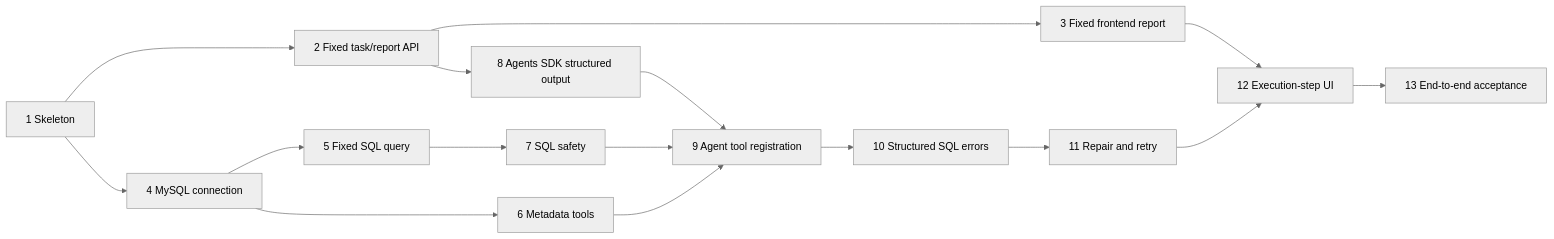
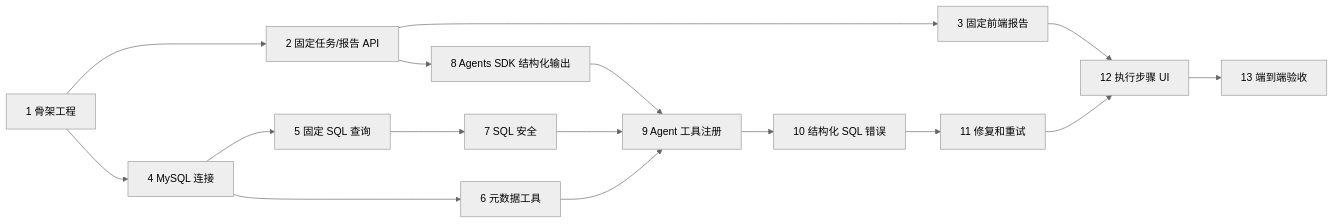
One commit to fanyafan93/agentic-genbi changed the diagram in docs/plans/current.md. Above: the diagram before and after it, drawn with Mermaid (neutral theme). The commit also changed other lines of this file and 9 other files, not shown here.

Commit message:
docs: define agentic analytics MVP architecture

````diff
--- a/docs/plans/current.md
+++ b/docs/plans/current.md
@@ -34,18 +34,18 @@
 ```mermaid
 flowchart LR
-    T1["1 Skeleton"] --> T2["2 Fixed task/report API"]
-    T2 --> T3["3 Fixed frontend report"]
-    T1 --> T4["4 MySQL connection"]
-    T4 --> T5["5 Fixed SQL query"]
-    T4 --> T6["6 Metadata tools"]
-    T5 --> T7["7 SQL safety"]
-    T6 --> T9["9 Agent tool registration"]
+    T1["1 骨架工程"] --> T2["2 固定任务/报告 API"]
+    T2 --> T3["3 固定前端报告"]
+    T1 --> T4["4 MySQL 连接"]
+    T4 --> T5["5 固定 SQL 查询"]
+    T4 --> T6["6 元数据工具"]
+    T5 --> T7["7 SQL 安全"]
+    T6 --> T9["9 Agent 工具注册"]
     T7 --> T9
-    T2 --> T8["8 Agents SDK structured output"]
+    T2 --> T8["8 Agents SDK 结构化输出"]
     T8 --> T9
-    T9 --> T10["10 Structured SQL errors"]
-    T10 --> T11["11 Repair and retry"]
-    T3 --> T12["12 Execution-step UI"]
+    T9 --> T10["10 结构化 SQL 错误"]
+    T10 --> T11["11 修复和重试"]
+    T3 --> T12["12 执行步骤 UI"]
     T11 --> T12
-    T12 --> T13["13 End-to-end acceptance"]
+    T12 --> T13["13 端到端验收"]
 ```
````
